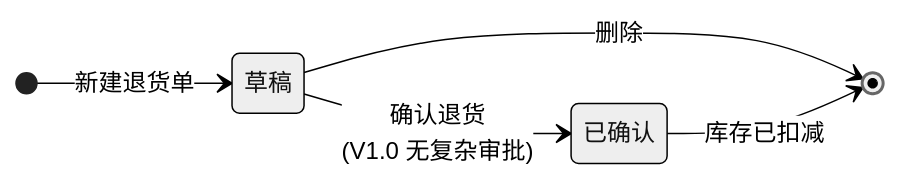
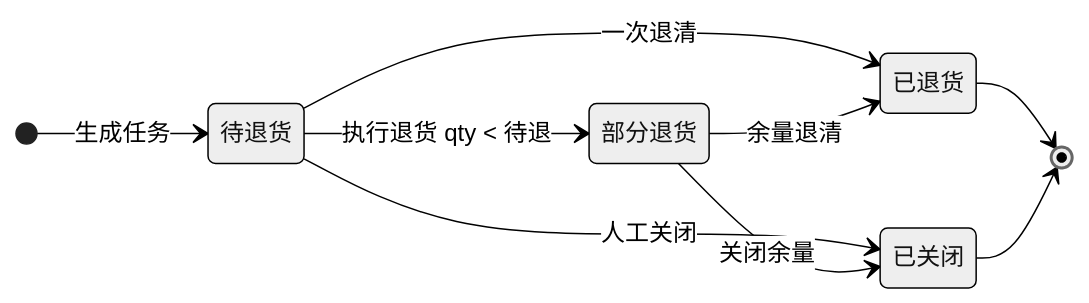
Before and after one commit to liaoliao66/wms: diagram 15 of 30 in docs/prd.md, drawn with Mermaid (neutral theme). The commit also changed other lines of this file and 46 other files, not shown here.

First line of the commit message:
Improve inbound flows, acceptance audit, and sync PRD V1.5.7.

````diff
--- a/docs/prd.md
+++ b/docs/prd.md
@@ -1222,8 +1233,12 @@
 ```mermaid
 stateDiagram-v2
     direction LR
-    [*] --> 草稿: 新建退货单
-    草稿 --> 已确认: 确认退货<br/>(V1.0 无复杂审批)
-    草稿 --> [*]: 删除
-    已确认 --> [*]: 库存已扣减
+    [*] --> 待退货: 生成任务
+    待退货 --> 部分退货: 执行退货 qty < 待退
+    待退货 --> 已退货: 一次退清
+    部分退货 --> 已退货: 余量退清
+    待退货 --> 已关闭: 人工关闭
+    部分退货 --> 已关闭: 关闭余量
+    已退货 --> [*]
+    已关闭 --> [*]
 ```
````
